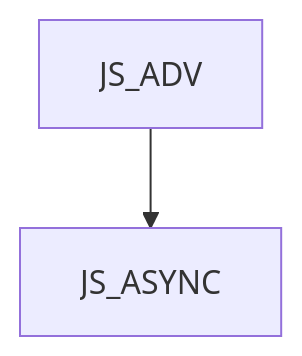
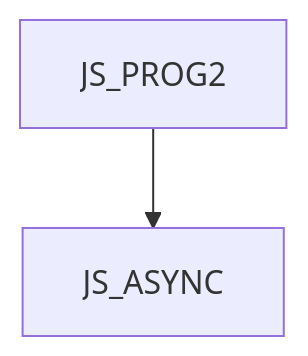
One commit to mbradic/gopas-osnovy changed the diagram in JS_ASYNC CZ.md. Above: the diagram before and after it, drawn with Mermaid. The commit also changed other lines of this file and 31 other files, not shown here.

Commit message:
Update: JS_INTRO a JS_ADV -> JS_PROG1 a JS_PROG2

````diff
--- a/JS_ASYNC CZ.md
+++ b/JS_ASYNC CZ.md
@@ -11,4 +11,4 @@
 ```mermaid
 graph TD
-    JS_ADV --> JS_ASYNC
+    JS_PROG2 --> JS_ASYNC
 ```
````
